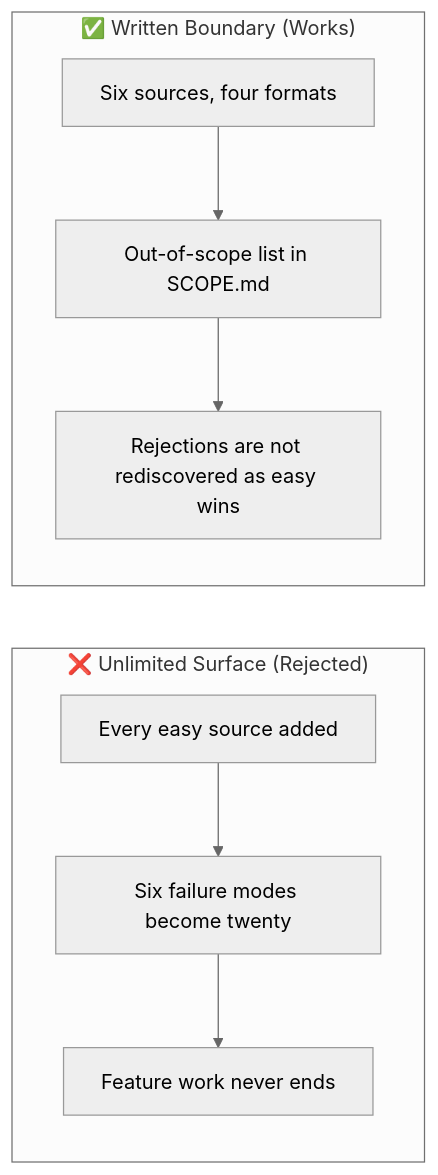
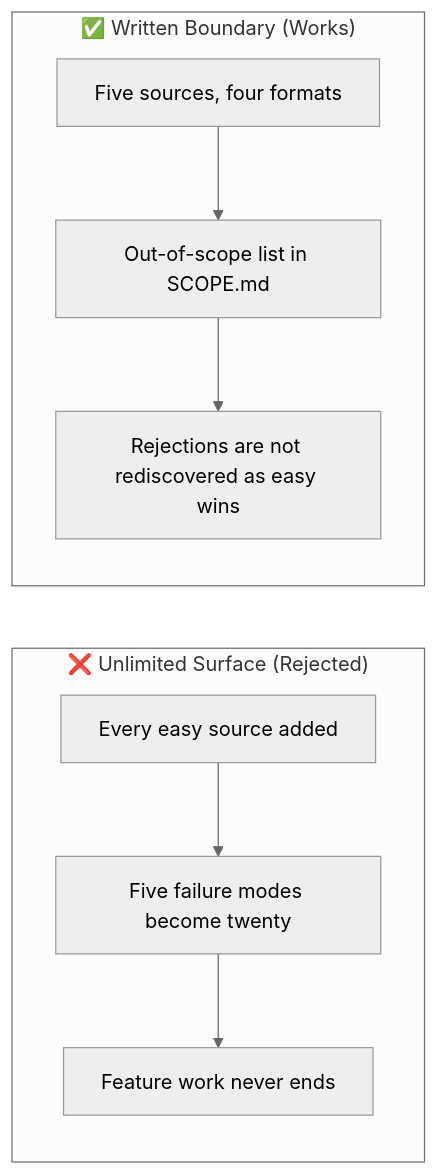
Before and after one commit to Mostakim2005/web-clipper-manager: diagram 14 of 14 in docs/DECISIONS_AND_TRAPS.md, drawn with Mermaid (neutral theme). The commit also changed other lines of this file and 6 other files, not shown here.

````diff
--- a/docs/DECISIONS_AND_TRAPS.md
+++ b/docs/DECISIONS_AND_TRAPS.md
@@ -218,11 +299,11 @@
 ```mermaid
 flowchart LR
     subgraph Failed["❌ Unlimited Surface (Rejected)"]
-        A1[Every easy source added] --> A2[Six failure modes become twenty]
+        A1[Every easy source added] --> A2[Five failure modes become twenty]
         A2 --> A3[Feature work never ends]
     end
     subgraph Active["✅ Written Boundary (Works)"]
-        B1[Six sources, four formats] --> B2[Out-of-scope list in SCOPE.md]
+        B1[Five sources, four formats] --> B2[Out-of-scope list in SCOPE.md]
         B2 --> B3[Rejections are not rediscovered as easy wins]
     end
 ```
````
